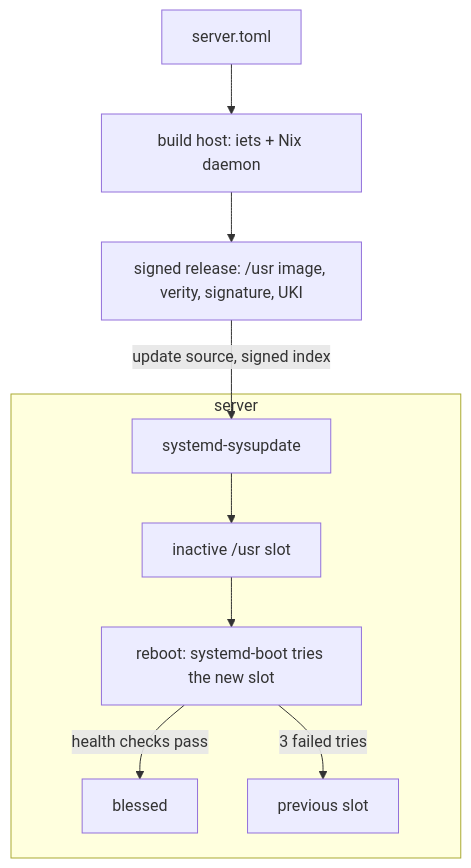
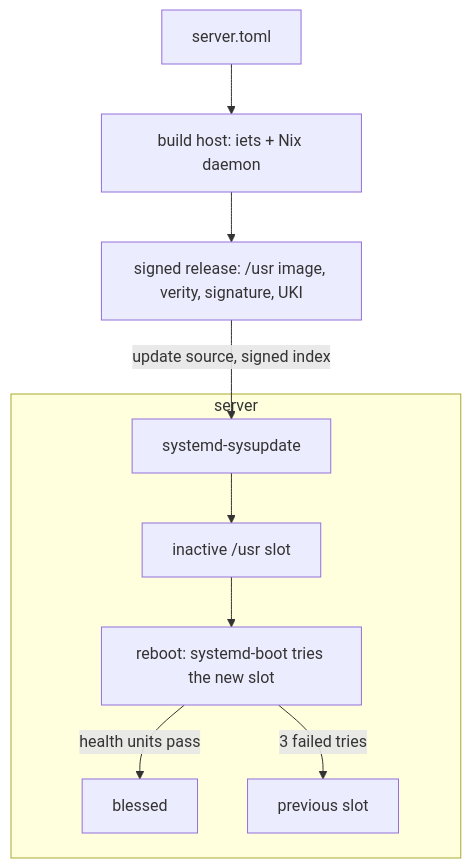
One commit to slophaer/golconda changed the diagram in README.md. Above: the diagram before and after it, drawn with Mermaid. The commit also changed other lines of this file and 13 other files, not shown here.

````diff
--- a/README.md
+++ b/README.md
@@ -79,12 +78,12 @@
 ```mermaid
 flowchart TD
   toml["server.toml"] --> build["build host: iets + Nix daemon"]
   build --> release["signed release: /usr image, verity, signature, UKI"]
   release -->|update source, signed index| sysupdate
   subgraph server["server"]
     sysupdate["systemd-sysupdate"] --> slot["inactive /usr slot"]
     slot --> boot["reboot: systemd-boot tries the new slot"]
-    boot -->|health checks pass| good["blessed"]
+    boot -->|health units pass| good["blessed"]
     boot -->|3 failed tries| back["previous slot"]
   end
 ```
````
